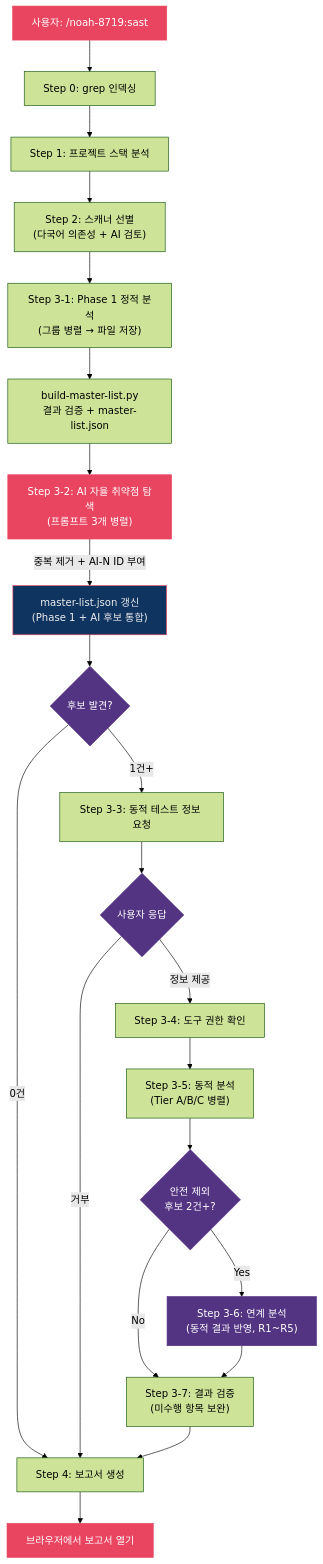
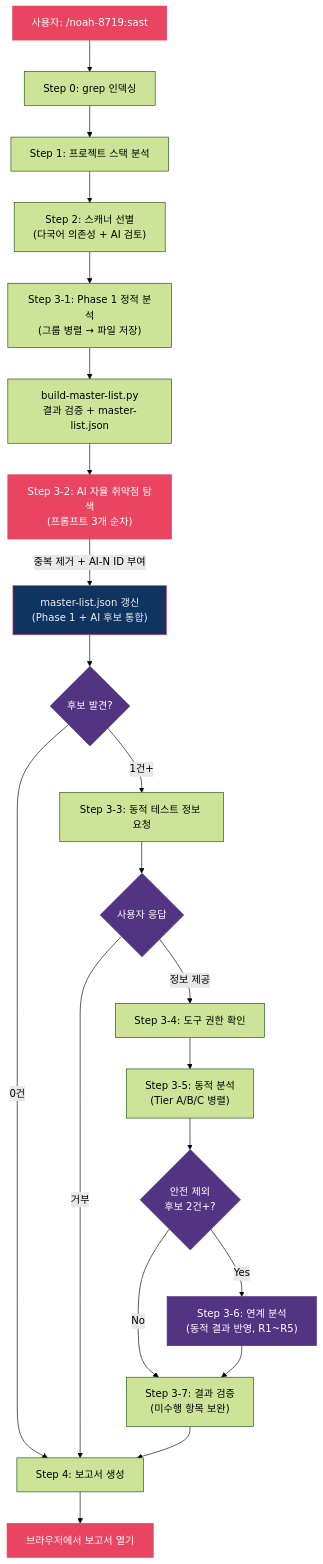
One commit to nomarlhack/noah-sast changed the fifth of 5 diagrams in README.md. Above: the diagram before and after it, drawn with Mermaid (forest theme). The commit also changed other lines of this file and 2 other files, not shown here.

````diff
--- a/README.md
+++ b/README.md
@@ -665,32 +666,32 @@
 ```mermaid
 flowchart TD
     User["사용자: /noah-8719:sast"] --> S0["Step 0: grep 인덱싱"]
     S0 --> S1["Step 1: 프로젝트 스택 분석"]
     S1 --> S2["Step 2: 스캐너 선별\n(다국어 의존성 + AI 검토)"]
     S2 --> S3["Step 3-1: Phase 1 정적 분석\n(그룹 병렬 → 파일 저장)"]
     S3 --> BML2["build-master-list.py\n결과 검증 + master-list.json"]
-    BML2 --> AI["Step 3-2: AI 자율 취약점 탐색\n(프롬프트 3개 병렬)"]
+    BML2 --> AI["Step 3-2: AI 자율 취약점 탐색\n(프롬프트 3개 순차)"]
     AI -->|"중복 제거 + AI-N ID 부여"| MLUpdate2["master-list.json 갱신\n(Phase 1 + AI 후보 통합)"]
     MLUpdate2 --> Check{후보 발견?}
     Check -->|0건| S4["Step 4: 보고서 생성"]
     Check -->|1건+| Ask["Step 3-3: 동적 테스트 정보 요청"]
     Ask --> UserReply{사용자 응답}
     UserReply -->|정보 제공| Perm["Step 3-4: 도구 권한 확인"]
     UserReply -->|거부| S4
     Perm --> Dynamic["Step 3-5: 동적 분석\n(Tier A/B/C 병렬)"]
     Dynamic --> ChainCheck{"안전 제외\n후보 2건+?"}
     ChainCheck -->|Yes| Chain["Step 3-6: 연계 분석\n(동적 결과 반영, R1~R5)"]
     ChainCheck -->|No| Verify
     Chain --> Verify["Step 3-7: 결과 검증\n(미수행 항목 보완)"]
     Verify --> S4
     S4 --> Open["브라우저에서 보고서 열기"]
 
     style User fill:#e94560,stroke:#e94560,color:#fff
     style AI fill:#e94560,stroke:#e94560,color:#fff
     style MLUpdate2 fill:#0f3460,stroke:#e94560,color:#eee
     style Chain fill:#533483,stroke:#533483,color:#fff
     style Open fill:#e94560,stroke:#e94560,color:#fff
     style Check fill:#533483,stroke:#533483,color:#fff
     style ChainCheck fill:#533483,stroke:#533483,color:#fff
     style UserReply fill:#533483,stroke:#533483,color:#fff
 ```
````
